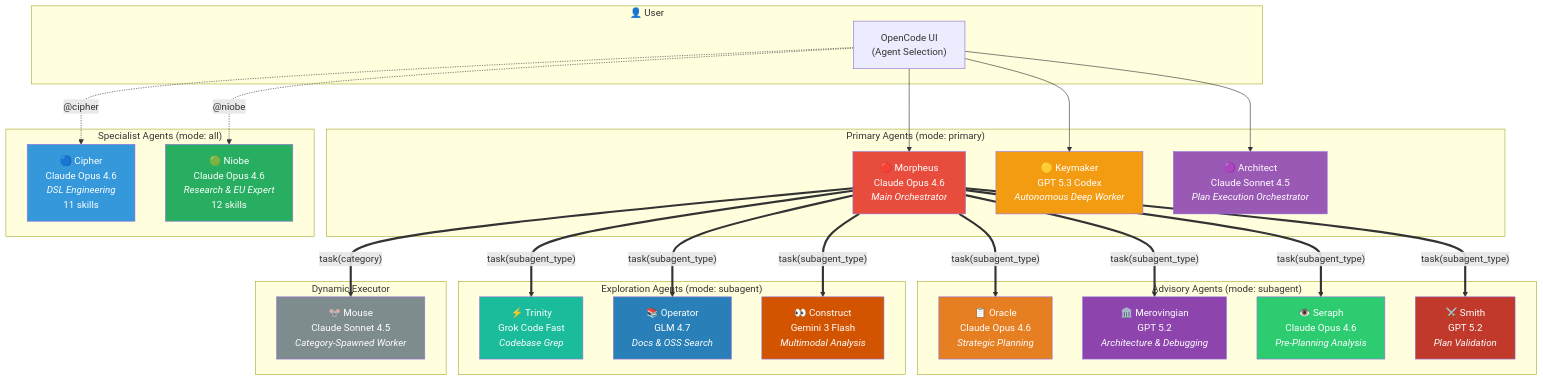
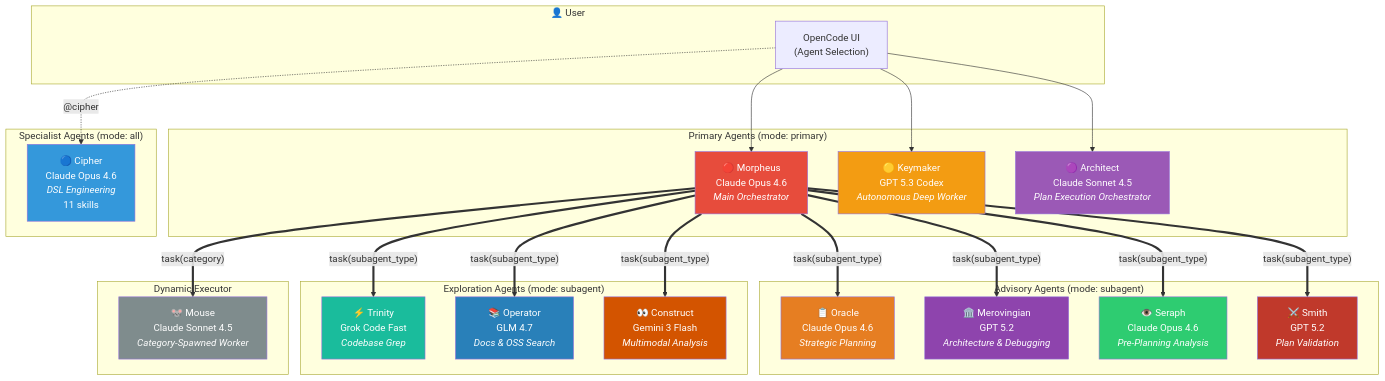
Before and after one commit to code-yeongyu/oh-my-openagent: the first of 7 diagrams in docs/agent-architecture.md, drawn with Mermaid. The commit also changed other lines of this file and 2 other files, not shown here.

First line of the commit message:
docs: remove Niobe from documentation pages

````diff
--- a/docs/agent-architecture.md
+++ b/docs/agent-architecture.md
@@ -5,63 +5,60 @@
 ```mermaid
 graph TB
     subgraph USER["👤 User"]
         UI["OpenCode UI<br/>(Agent Selection)"]
     end
 
     subgraph PRIMARY["Primary Agents (mode: primary)"]
         MOR["🔴 Morpheus<br/>Claude Opus 4.6<br/><i>Main Orchestrator</i>"]
         KEY["🟡 Keymaker<br/>GPT 5.3 Codex<br/><i>Autonomous Deep Worker</i>"]
         ARC["🟣 Architect<br/>Claude Sonnet 4.5<br/><i>Plan Execution Orchestrator</i>"]
     end
 
     subgraph SPECIALIST["Specialist Agents (mode: all)"]
         CIP["🔵 Cipher<br/>Claude Opus 4.6<br/><i>DSL Engineering</i><br/>11 skills"]
-        NIO["🟢 Niobe<br/>Claude Opus 4.6<br/><i>Research & EU Expert</i><br/>12 skills"]
     end
 
     subgraph ADVISORS["Advisory Agents (mode: subagent)"]
         ORA["📋 Oracle<br/>Claude Opus 4.6<br/><i>Strategic Planning</i>"]
         MER["🏛️ Merovingian<br/>GPT 5.2<br/><i>Architecture & Debugging</i>"]
         SER["👁️ Seraph<br/>Claude Opus 4.6<br/><i>Pre-Planning Analysis</i>"]
         SMI["⚔️ Smith<br/>GPT 5.2<br/><i>Plan Validation</i>"]
     end
 
     subgraph EXPLORERS["Exploration Agents (mode: subagent)"]
         TRI["⚡ Trinity<br/>Grok Code Fast<br/><i>Codebase Grep</i>"]
         OPR["📚 Operator<br/>GLM 4.7<br/><i>Docs & OSS Search</i>"]
         CON["👀 Construct<br/>Gemini 3 Flash<br/><i>Multimodal Analysis</i>"]
     end
 
     subgraph EXECUTOR["Dynamic Executor"]
         MOU["🐭 Mouse<br/>Claude Sonnet 4.5<br/><i>Category-Spawned Worker</i>"]
     end
 
     UI --> MOR
     UI --> KEY
     UI --> ARC
     UI -.->|"@cipher"| CIP
-    UI -.->|"@niobe"| NIO
 
     MOR ==>|"task(subagent_type)"| ORA
     MOR ==>|"task(subagent_type)"| MER
     MOR ==>|"task(subagent_type)"| SER
     MOR ==>|"task(subagent_type)"| SMI
     MOR ==>|"task(subagent_type)"| TRI
     MOR ==>|"task(subagent_type)"| OPR
     MOR ==>|"task(subagent_type)"| CON
     MOR ==>|"task(category)"| MOU
 
     style MOR fill:#e74c3c,color:#fff
     style KEY fill:#f39c12,color:#fff
     style ARC fill:#9b59b6,color:#fff
     style CIP fill:#3498db,color:#fff
-    style NIO fill:#27ae60,color:#fff
     style ORA fill:#e67e22,color:#fff
     style MER fill:#8e44ad,color:#fff
     style SER fill:#2ecc71,color:#fff
     style SMI fill:#c0392b,color:#fff
     style TRI fill:#1abc9c,color:#fff
     style OPR fill:#2980b9,color:#fff
     style CON fill:#d35400,color:#fff
     style MOU fill:#7f8c8d,color:#fff
 ```
````
